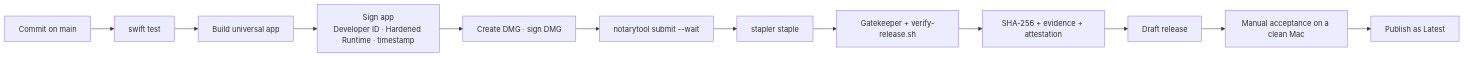
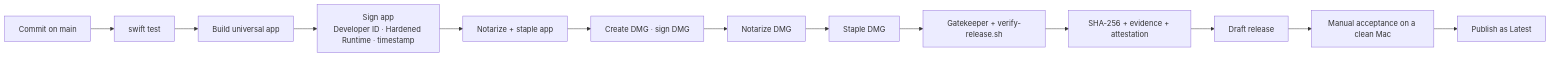
The diagram in docs/releasing.md (serkan-uslu/lucid-disk), drawn with Mermaid before and after one commit. The commit also changed other lines of this file and 5 other files, not shown here.

First line of the commit message:
Release: notarize and staple the app before the DMG

````diff
--- a/docs/releasing.md
+++ b/docs/releasing.md
@@ -7,14 +7,15 @@
 ```mermaid
 flowchart LR
     A[Commit on main] --> B[swift test]
     B --> C[Build universal app]
     C --> D[Sign app<br/>Developer ID · Hardened Runtime · timestamp]
-    D --> E[Create DMG · sign DMG]
-    E --> F[notarytool submit --wait]
-    F --> G[stapler staple]
+    D --> D2[Notarize + staple app]
+    D2 --> E[Create DMG · sign DMG]
+    E --> F[Notarize DMG]
+    F --> G[Staple DMG]
     G --> H[Gatekeeper + verify-release.sh]
     H --> I[SHA-256 + evidence + attestation]
     I --> J[Draft release]
     J --> K[Manual acceptance on a clean Mac]
     K --> L[Publish as Latest]
 ```
````
